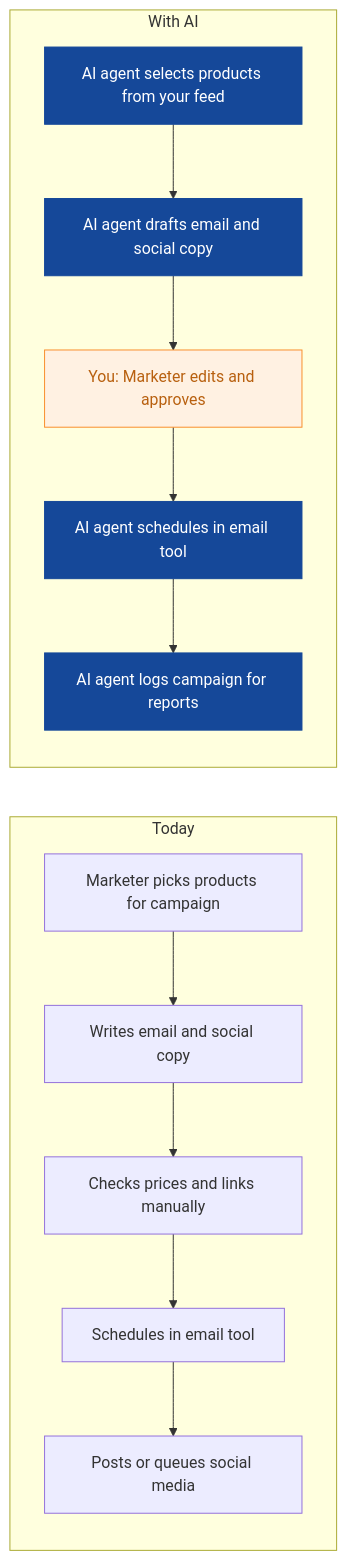
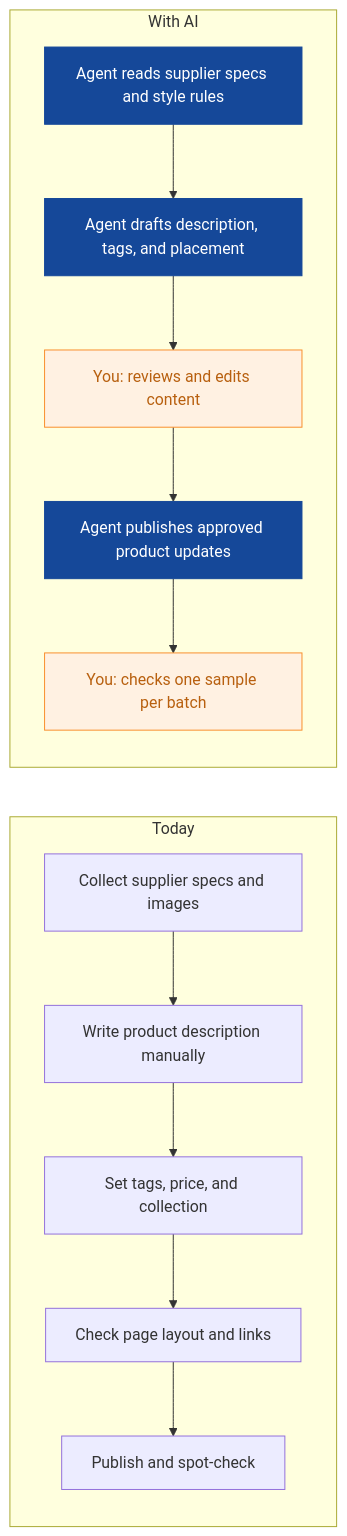
Before and after one commit to nexibeo/Complete-AI-Strategy: the fourth of 8 diagrams in strategies/tidewell-outdoor.md, drawn with Mermaid. The commit also changed other lines of this file and 26 other files, not shown here.

````diff
--- a/strategies/tidewell-outdoor.md
+++ b/strategies/tidewell-outdoor.md
@@ -162,23 +139,23 @@
 ```mermaid
 flowchart LR
   subgraph Today
-    B0["Marketer picks products for campaign"]
-    B1["Writes email and social copy"]
-    B2["Checks prices and links manually"]
-    B3["Schedules in email tool"]
-    B4["Posts or queues social media"]
+    B0["Collect supplier specs and images"]
+    B1["Write product description manually"]
+    B2["Set tags, price, and collection"]
+    B3["Check page layout and links"]
+    B4["Publish and spot-check"]
     B0 --> B1 --> B2 --> B3 --> B4
   end
   subgraph WithAI[With AI]
-    A0["AI agent selects products from your feed"]
-    A1["AI agent drafts email and social copy"]
-    A2["You: Marketer edits and approves"]
-    A3["AI agent schedules in email tool"]
-    A4["AI agent logs campaign for reports"]
+    A0["Agent reads supplier specs and style rules"]
+    A1["Agent drafts description, tags, and placement"]
+    A2["You: reviews and edits content"]
+    A3["Agent publishes approved product updates"]
+    A4["You: checks one sample per batch"]
     A0 --> A1 --> A2 --> A3 --> A4
   end
   classDef ai fill:#154899,color:#fff,stroke:#154899
   classDef human fill:#FFF1E2,color:#B8600F,stroke:#F98F2C
-  class A0,A1,A3,A4 ai
-  class A2 human
+  class A0,A1,A3 ai
+  class A2,A4 human
 ```
````
